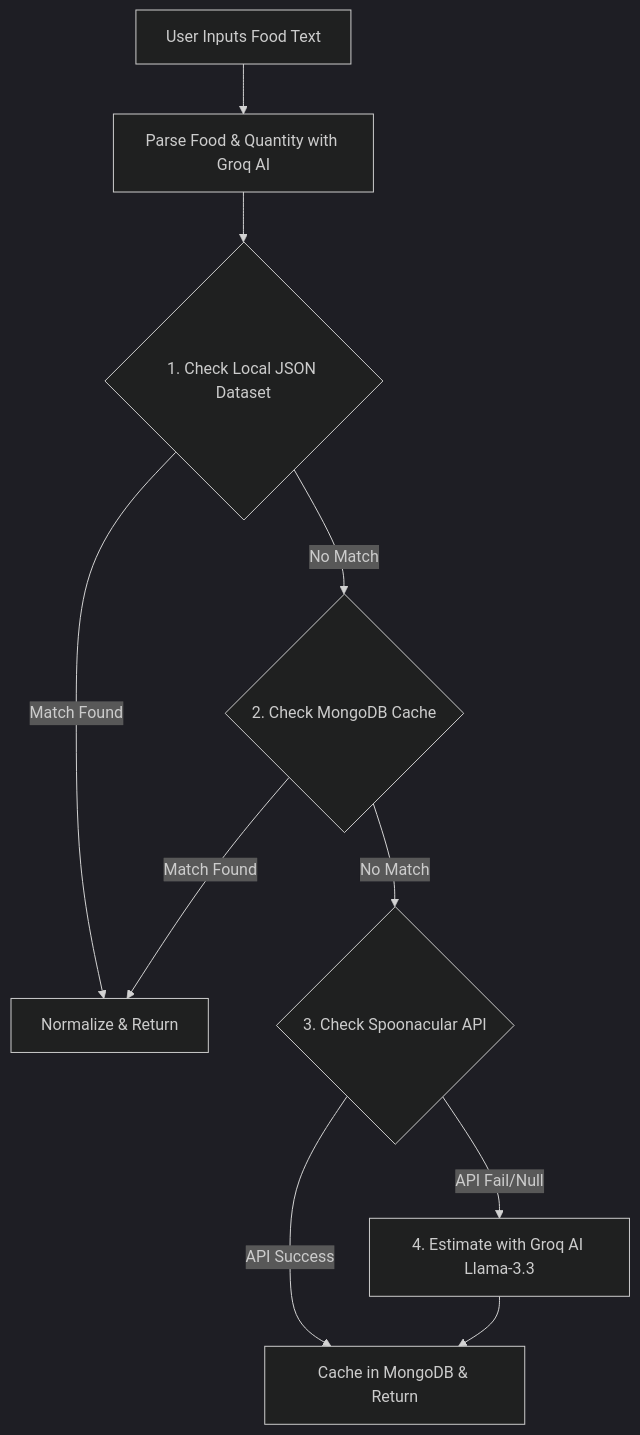
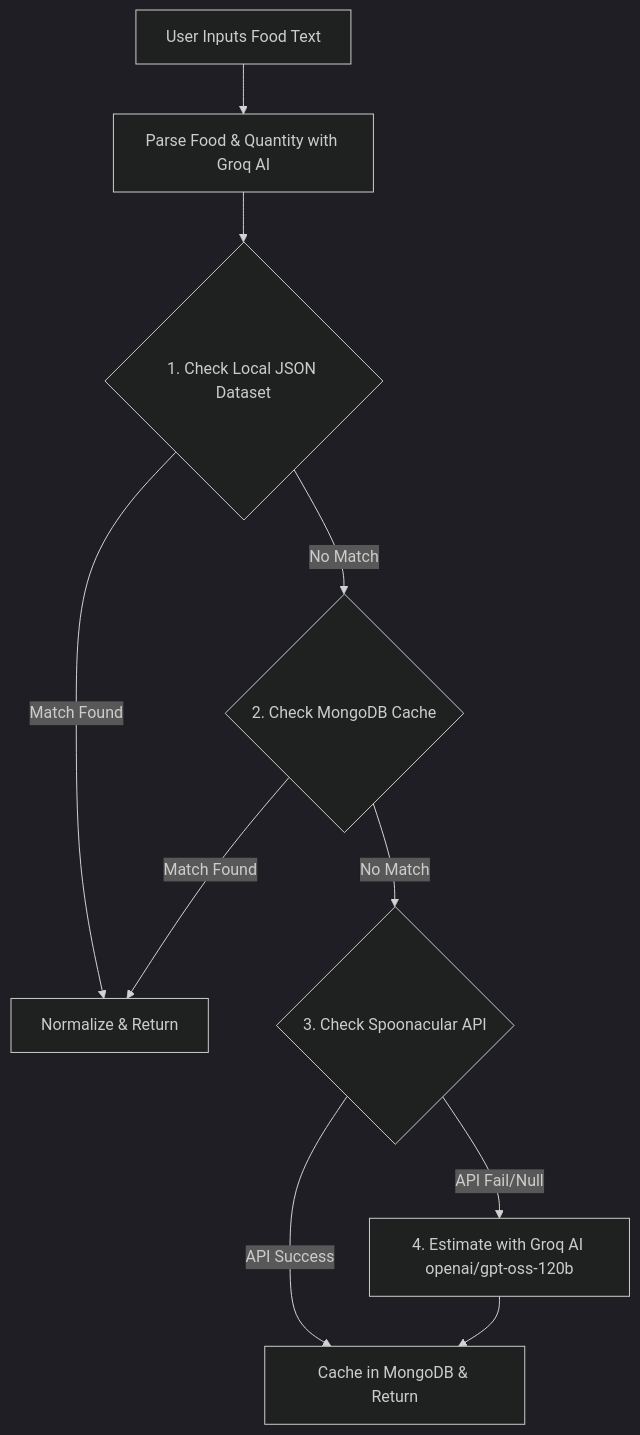
The diagram in README.md (yashdarekar17/foodanaylzer), drawn with Mermaid (dark theme) before and after one commit. The commit also changed other lines of this file and 2 other files, not shown here.

Commit message:
changed model

````diff
--- a/README.md
+++ b/README.md
@@ -46,12 +46,12 @@
 ```mermaid
 graph TD
     A[User Inputs Food Text] --> B[Parse Food & Quantity with Groq AI]
     B --> C{1. Check Local JSON Dataset}
     C -- Match Found --> D[Normalize & Return]
     C -- No Match --> E{2. Check MongoDB Cache}
     E -- Match Found --> D
     E -- No Match --> F{3. Check Spoonacular API}
     F -- API Success --> G[Cache in MongoDB & Return]
-    F -- API Fail/Null --> H[4. Estimate with Groq AI Llama-3.3]
+    F -- API Fail/Null --> H[4. Estimate with Groq AI openai/gpt-oss-120b]
     H --> G
 ```
````
